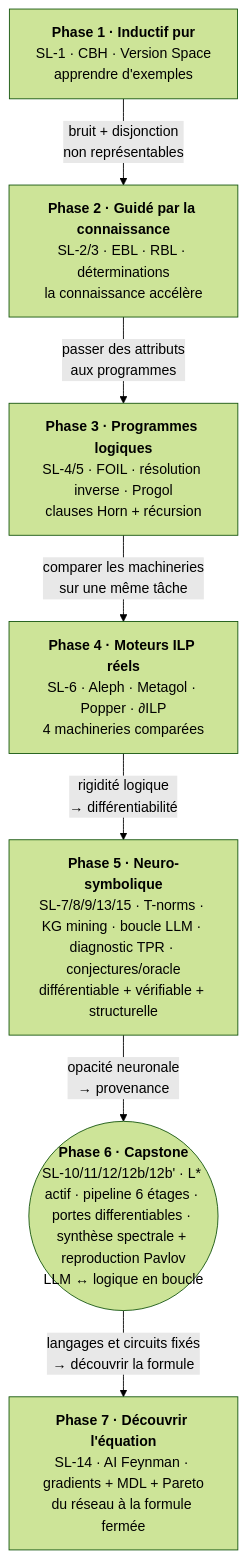
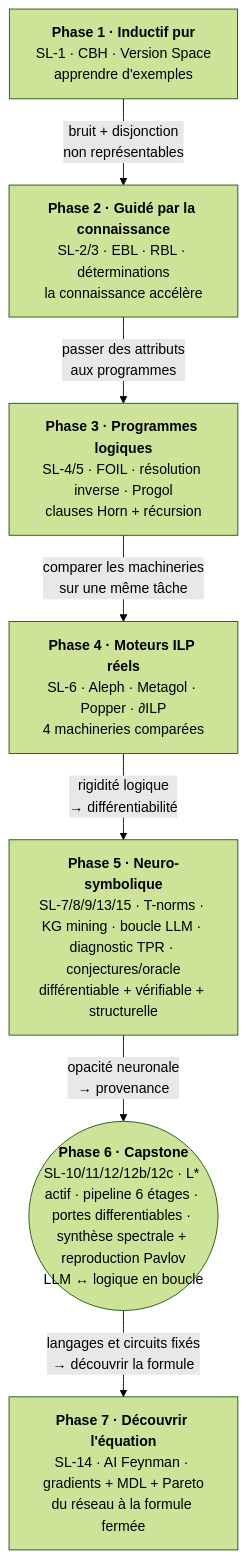
One commit to jsboige/CoursIA changed the diagram in MyIA.AI.Notebooks/SymbolicAI/SymbolicLearning/README.md. Above: the diagram before and after it, drawn with Mermaid (forest theme). The commit also changed other lines of this file and 6 other files, not shown here.

````diff
--- a/MyIA.AI.Notebooks/SymbolicAI/SymbolicLearning/README.md
+++ b/MyIA.AI.Notebooks/SymbolicAI/SymbolicLearning/README.md
@@ -106,16 +106,16 @@
 ```mermaid
 flowchart TD
     P1["<b>Phase 1 · Inductif pur</b><br/>SL-1 · CBH · Version Space<br/>apprendre d'exemples"]
     P2["<b>Phase 2 · Guidé par la connaissance</b><br/>SL-2/3 · EBL · RBL · déterminations<br/>la connaissance accélère"]
     P3["<b>Phase 3 · Programmes logiques</b><br/>SL-4/5 · FOIL · résolution inverse · Progol<br/>clauses Horn + récursion"]
     P4["<b>Phase 4 · Moteurs ILP réels</b><br/>SL-6 · Aleph · Metagol · Popper · ∂ILP<br/>4 machineries comparées"]
     P5["<b>Phase 5 · Neuro-symbolique</b><br/>SL-7/8/9/13/15 · T-norms · KG mining · boucle LLM · diagnostic TPR · conjectures/oracle<br/>différentiable + vérifiable + structurelle"]
-    P6(("<b>Phase 6 · Capstone</b><br/>SL-10/11/12/12b/12b' · L* actif · pipeline 6 étages · portes differentiables · synthèse spectrale + reproduction Pavlov<br/>LLM ↔ logique en boucle"))
+    P6(("<b>Phase 6 · Capstone</b><br/>SL-10/11/12/12b/12c · L* actif · pipeline 6 étages · portes differentiables · synthèse spectrale + reproduction Pavlov<br/>LLM ↔ logique en boucle"))
     P7["<b>Phase 7 · Découvrir l'équation</b><br/>SL-14 · AI Feynman · gradients + MDL + Pareto<br/>du réseau à la formule fermée"]
     P1 -->|"bruit + disjonction<br/>non représentables"| P2
     P2 -->|"passer des attributs<br/>aux programmes"| P3
     P3 -->|"comparer les machineries<br/>sur une même tâche"| P4
     P4 -->|"rigidité logique<br/>→ différentiabilité"| P5
     P5 -->|"opacité neuronale<br/>→ provenance"| P6
     P6 -->|"langages et circuits fixés<br/>→ découvrir la formule"| P7
 ```
````
